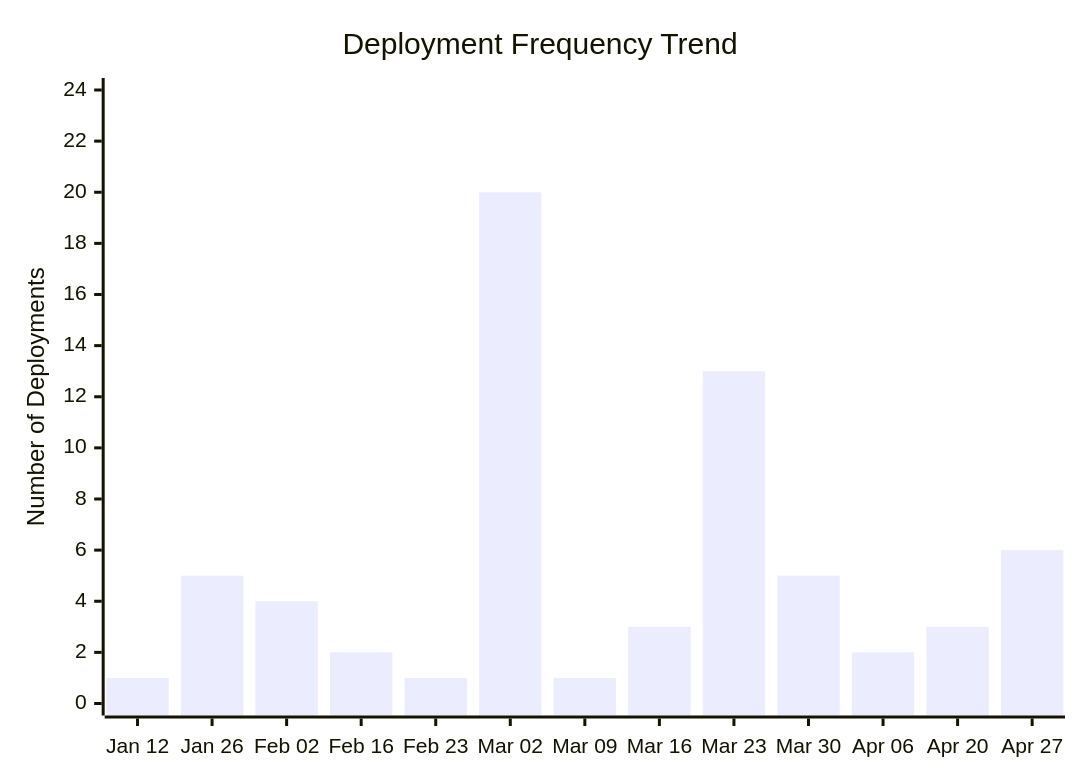
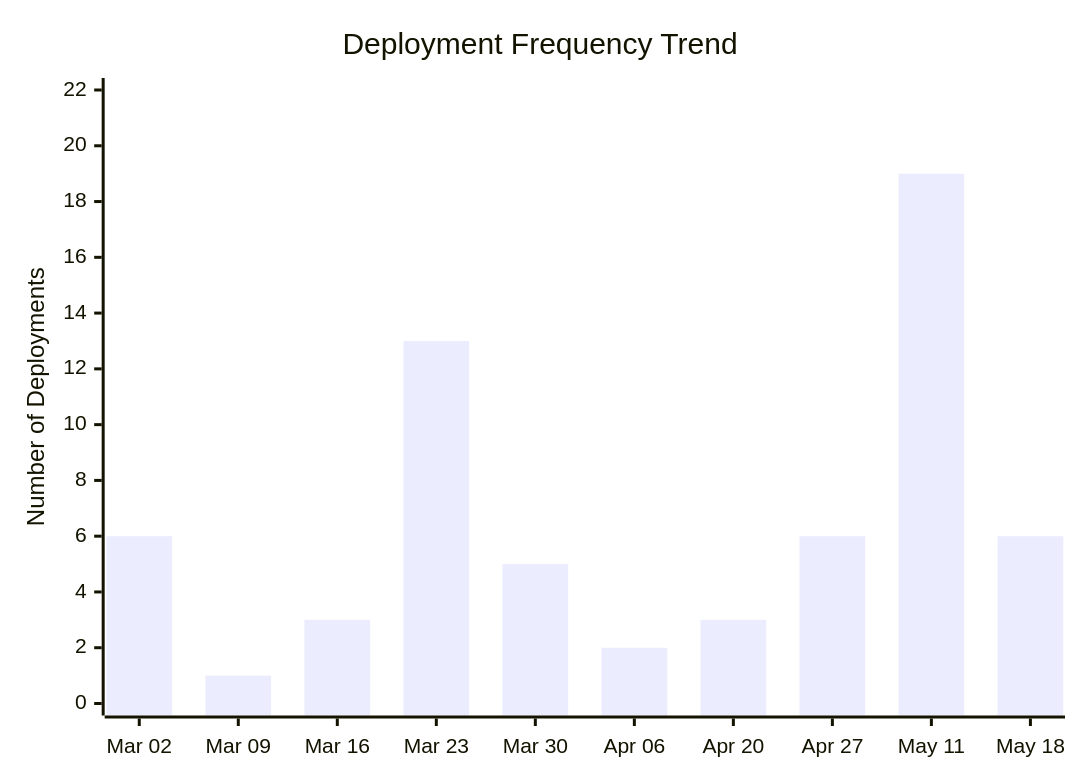
The third of 4 diagrams in docs/ci-cd/dora-summary.md (ukma-cs-ssdm-2025/rate-ukma), drawn with Mermaid before and after one commit. The commit also changed other lines of this file, not shown here.

````diff
--- a/docs/ci-cd/dora-summary.md
+++ b/docs/ci-cd/dora-summary.md
@@ -52,7 +54,7 @@
 ```mermaid
 xychart-beta
     title "Deployment Frequency Trend"
-    x-axis ["Jan 12", "Jan 26", "Feb 02", "Feb 16", "Feb 23", "Mar 02", "Mar 09", "Mar 16", "Mar 23", "Mar 30", "Apr 06", "Apr 20", "Apr 27"]
-    y-axis "Number of Deployments" 0 --> 24
-    bar [1.00, 5.00, 4.00, 2.00, 1.00, 20.00, 1.00, 3.00, 13.00, 5.00, 2.00, 3.00, 6.00]
+    x-axis ["Mar 02", "Mar 09", "Mar 16", "Mar 23", "Mar 30", "Apr 06", "Apr 20", "Apr 27", "May 11", "May 18"]
+    y-axis "Number of Deployments" 0 --> 22
+    bar [6.00, 1.00, 3.00, 13.00, 5.00, 2.00, 3.00, 6.00, 19.00, 6.00]
 ```
````
